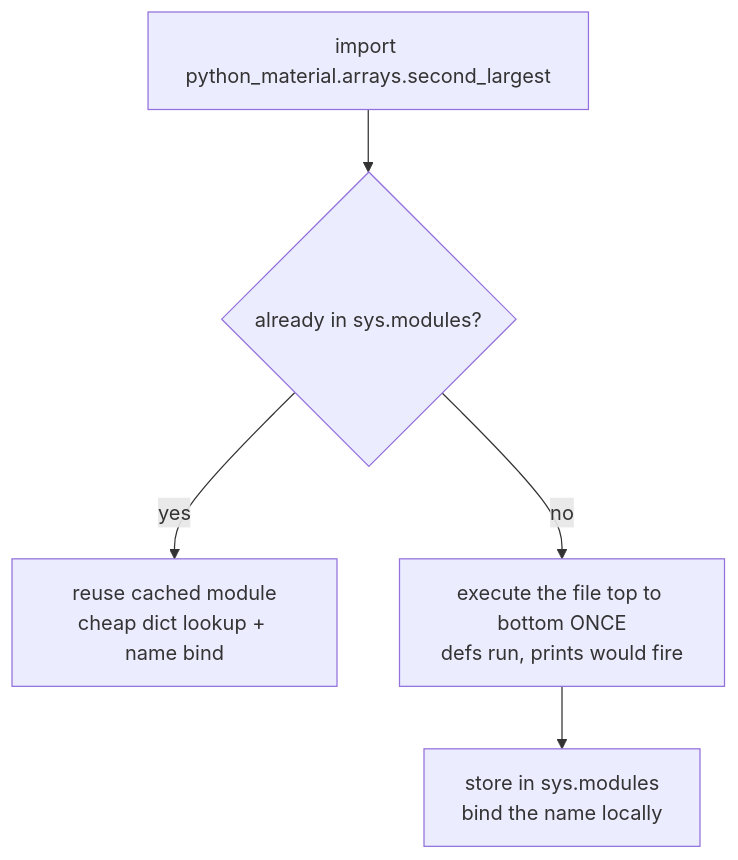
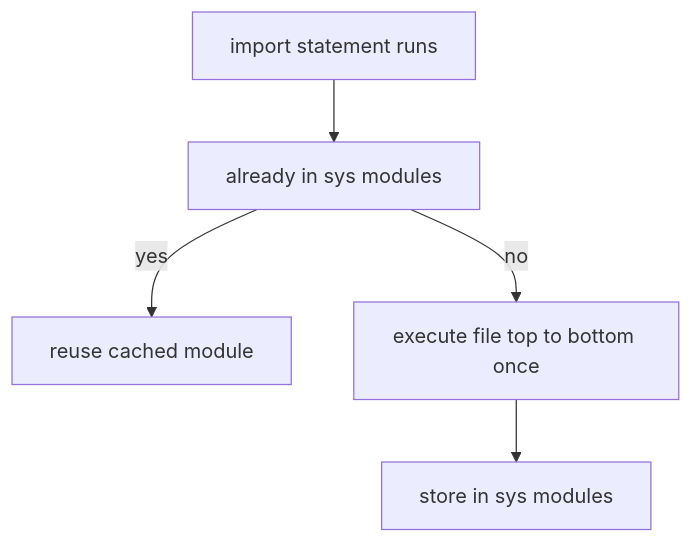
One commit to AslamNazeerShaikh/Python-Material changed the third of 5 diagrams in docs/learning/01-modules-packages.md. Above: the diagram before and after it, drawn with Mermaid. The commit also changed other lines of this file and 16 other files, not shown here.

Commit message:
docs(learning): rebuild all mermaid in safe subset

````diff
--- a/docs/learning/01-modules-packages.md
+++ b/docs/learning/01-modules-packages.md
@@ -237,12 +233,12 @@
 ```mermaid
 flowchart TD
-    S["import python_material.arrays.second_largest"]
-    Q{"already in sys.modules?"}
-    HIT["reuse cached module<br/>cheap dict lookup + name bind"]
-    RUN["execute the file top to bottom ONCE<br/>defs run, prints would fire"]
-    STORE["store in sys.modules<br/>bind the name locally"]
+    S[import statement runs]
+    Q[already in sys modules]
+    HIT[reuse cached module]
+    RUN[execute file top to bottom once]
+    STORE[store in sys modules]
     S --> Q
-    Q -->|"yes"| HIT
-    Q -->|"no"| RUN
+    Q -->|yes| HIT
+    Q -->|no| RUN
     RUN --> STORE
 ```
````
